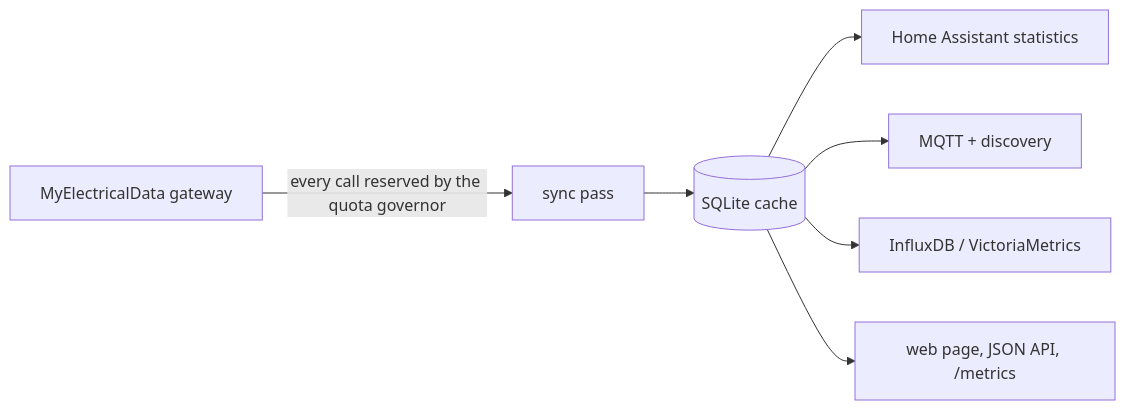
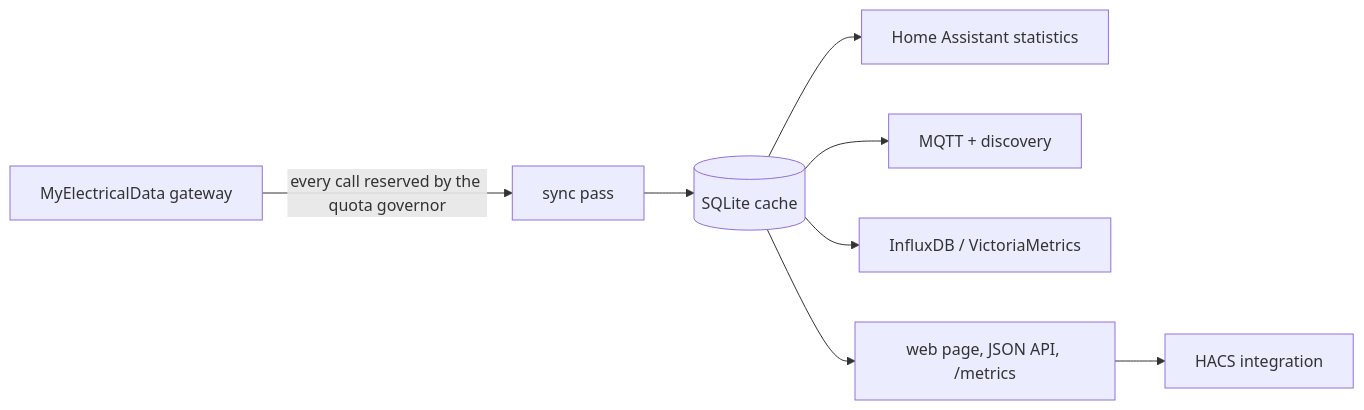
The diagram in README.md (ngsanogo/releve), drawn with Mermaid before and after one commit. The commit also changed other lines of this file and 6 other files, not shown here.

````diff
--- a/README.md
+++ b/README.md
@@ -23,9 +23,10 @@
 ```mermaid
 flowchart LR
     G[MyElectricalData gateway] -->|every call reserved by the quota governor| S[sync pass]
     S --> DB[(SQLite cache)]
     DB --> HA[Home Assistant statistics]
     DB --> MQ[MQTT + discovery]
     DB --> IN[InfluxDB / VictoriaMetrics]
     DB --> W[web page, JSON API, /metrics]
+    W --> HACS[HACS integration]
 ```
````
